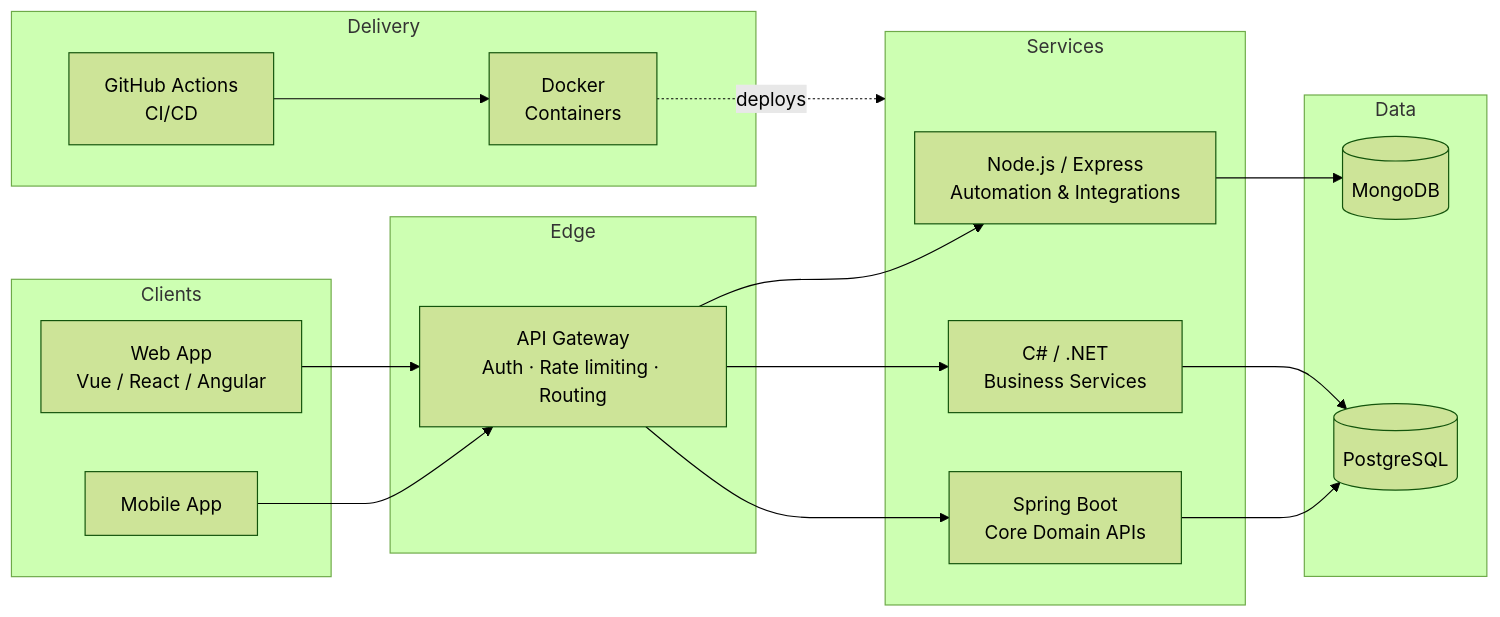
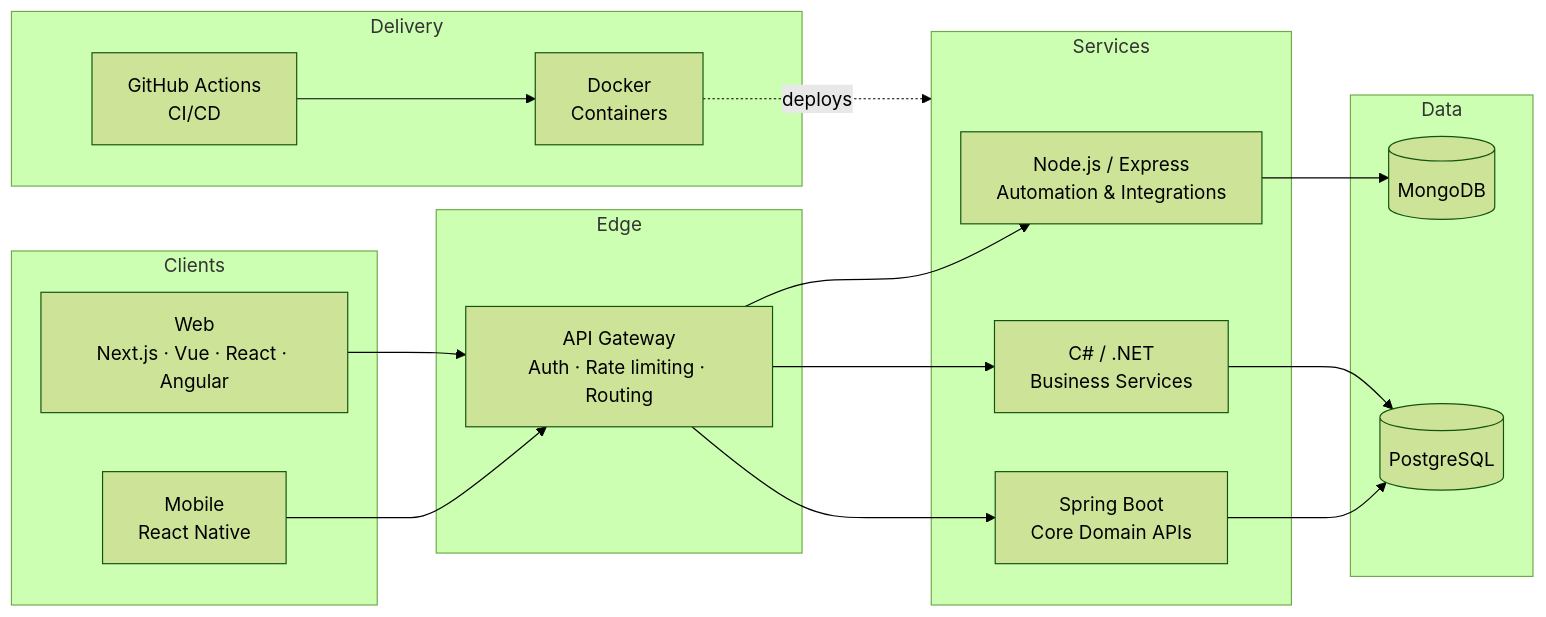
One commit to mercygitco-art/mercygitco-art changed the first of 2 diagrams in README.md. Above: the diagram before and after it, drawn with Mermaid (forest theme). The commit also changed other lines of this file, not shown here.

````diff
--- a/README.md
+++ b/README.md
@@ -67,36 +69,36 @@
 ```mermaid
 flowchart LR
     subgraph Clients
-        W[Web App<br/>Vue / React / Angular]
-        M[Mobile App]
+        W[Web<br/>Next.js · Vue · React · Angular]
+        M[Mobile<br/>React Native]
     end
 
     subgraph Edge
         G[API Gateway<br/>Auth · Rate limiting · Routing]
     end
 
     subgraph Services
         N[Node.js / Express<br/>Automation & Integrations]
         D[C# / .NET<br/>Business Services]
         S[Spring Boot<br/>Core Domain APIs]
     end
 
     subgraph Data
         MDB[(MongoDB)]
         PG[(PostgreSQL)]
     end
 
     subgraph Delivery
         GH[GitHub Actions<br/>CI/CD] --> DK[Docker<br/>Containers]
     end
 
     W --> G
     M --> G
     G --> N
     G --> D
     G --> S
     N --> MDB
     D --> PG
     S --> PG
     DK -. deploys .-> Services
 ```
````
